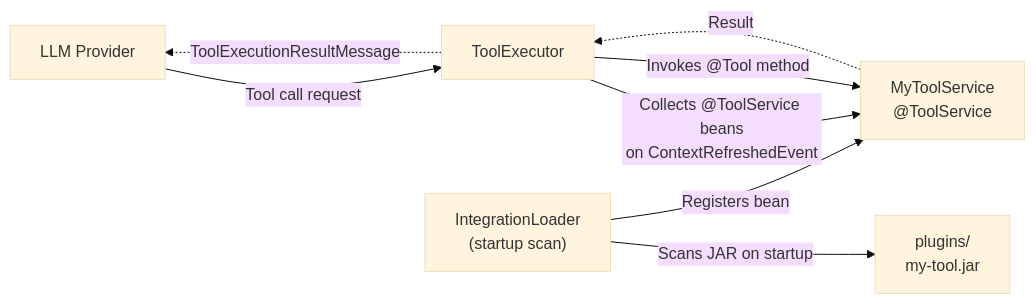
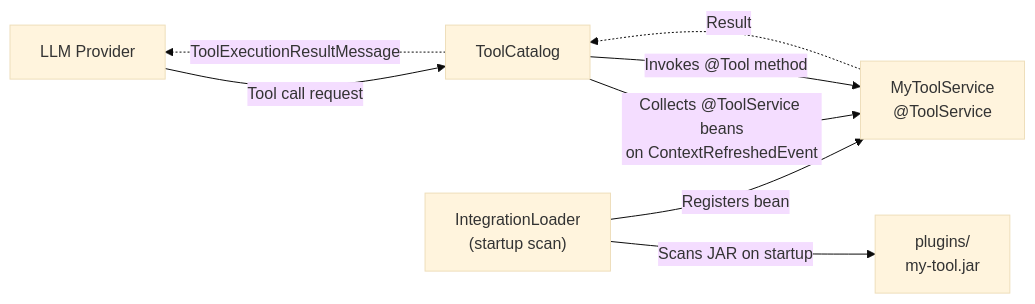
One commit to Uxopian/uxodocs changed the diagram in docs/uxopian-ai/extending/custom_tools.md. Above: the diagram before and after it, drawn with Mermaid (base theme). The commit also changed other lines of this file and 35 other files, not shown here.

````diff
--- a/docs/uxopian-ai/extending/custom_tools.md
+++ b/docs/uxopian-ai/extending/custom_tools.md
@@ -15,16 +19,16 @@
 ```mermaid
 flowchart LR
     LLM["LLM Provider"]
-    TE["ToolExecutor"]
+    TE["ToolCatalog"]
     PluginsDir["plugins/<br/>my-tool.jar"]
     IL["IntegrationLoader<br/>(startup scan)"]
     MyTool["MyToolService<br/>@ToolService"]
 
     IL -->|"Scans JAR on startup"| PluginsDir
     IL -->|"Registers bean"| MyTool
     TE -->|"Collects @ToolService beans<br/>on ContextRefreshedEvent"| MyTool
     LLM -->|"Tool call request"| TE
     TE -->|"Invokes @Tool method"| MyTool
     MyTool -.->|"Result"| TE
     TE -.->|"ToolExecutionResultMessage"| LLM
 ```
````
